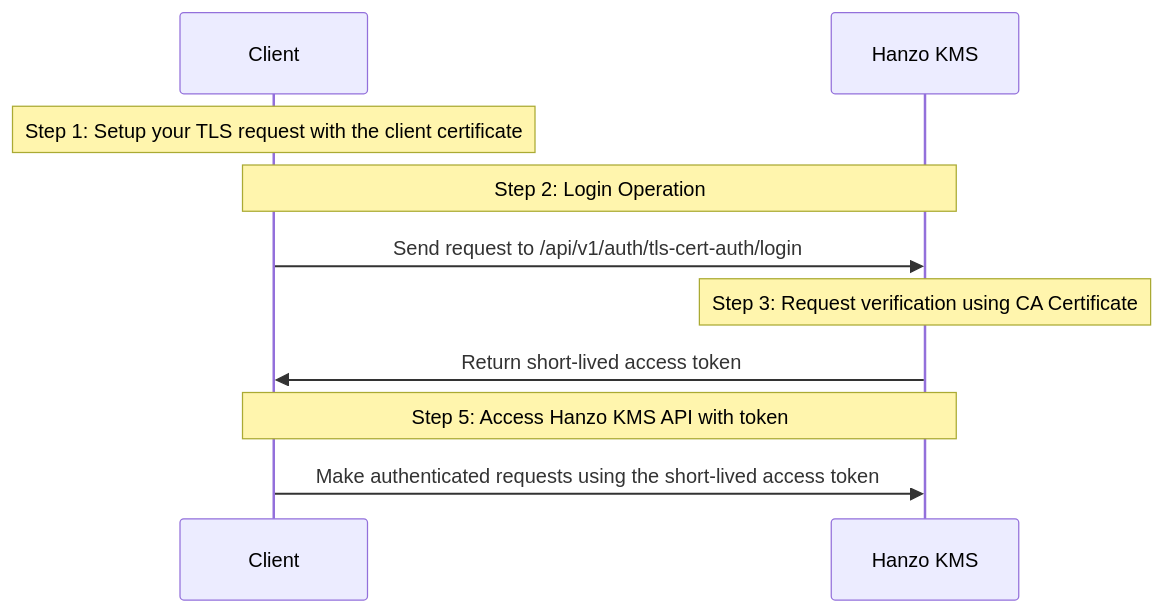
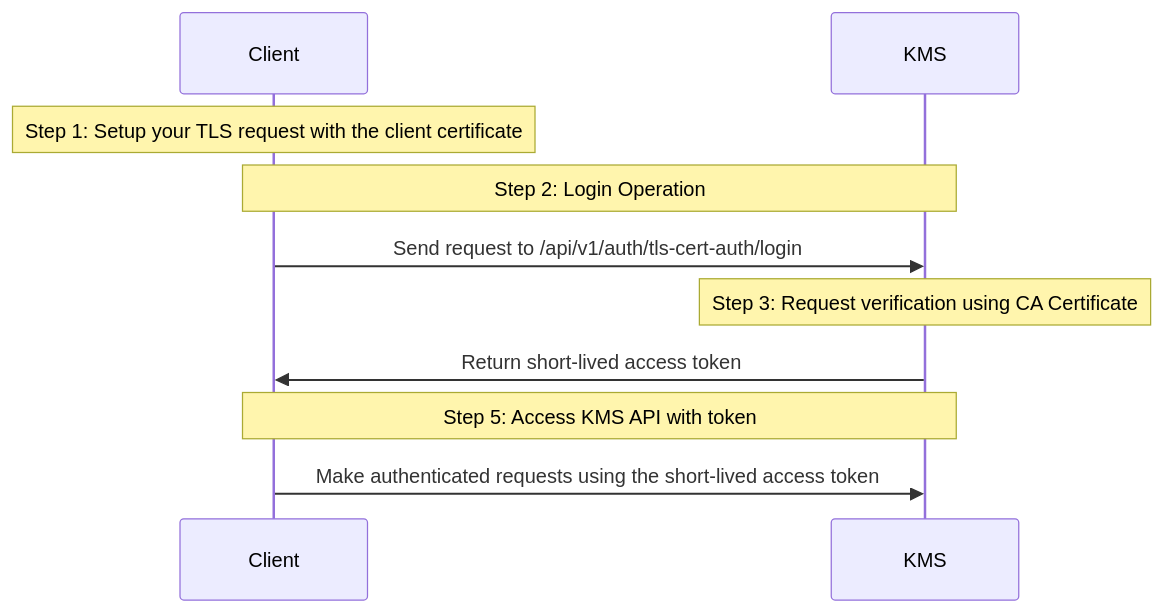
The diagram in docs/documentation/platform/identities/tls-cert-auth.mdx (hanzoai/kms), drawn with Mermaid before and after one commit. The commit also changed other lines of this file and 855 other files, not shown here.

````diff
--- a/docs/documentation/platform/identities/tls-cert-auth.mdx
+++ b/docs/documentation/platform/identities/tls-cert-auth.mdx
@@ -12,17 +12,17 @@
 ```mermaid
 sequenceDiagram
   participant Client
-  participant Hanzo KMS
+  participant KMS
 
   Note over Client,Client: Step 1: Setup your TLS request with the client certificate
 
-  Note over Client,Hanzo KMS: Step 2: Login Operation
-  Client->>Hanzo KMS: Send request to /api/v1/auth/tls-cert-auth/login
+  Note over Client,KMS: Step 2: Login Operation
+  Client->>KMS: Send request to /api/v1/auth/tls-cert-auth/login
 
-  Note over Hanzo KMS: Step 3: Request verification using CA Certificate
+  Note over KMS: Step 3: Request verification using CA Certificate
 
-  Hanzo KMS->>Client: Return short-lived access token
+  KMS->>Client: Return short-lived access token
 
-  Note over Client,Hanzo KMS: Step 5: Access Hanzo KMS API with token
-  Client->>Hanzo KMS: Make authenticated requests using the short-lived access token
+  Note over Client,KMS: Step 5: Access KMS API with token
+  Client->>KMS: Make authenticated requests using the short-lived access token
 ```
````
